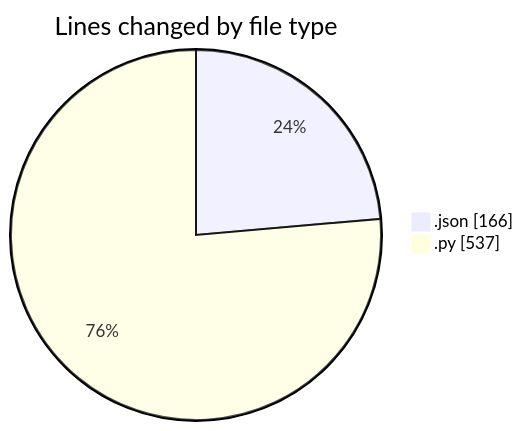
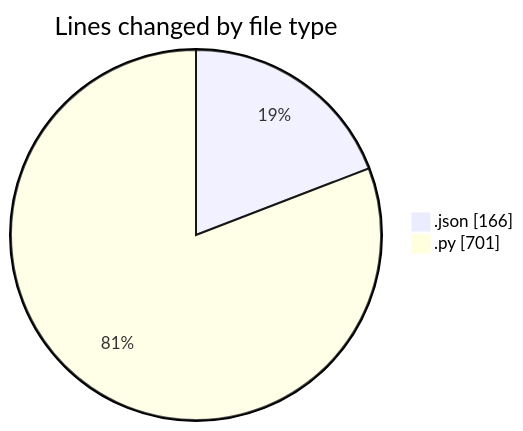
The first of 2 diagrams in 2025-11-14/untitled__workspace_/README.md (MatusMokan/code-tracking), drawn with Mermaid before and after one commit. The commit also changed other lines of this file and 1 other file, not shown here.

````diff
--- a/2025-11-14/untitled__workspace_/README.md
+++ b/2025-11-14/untitled__workspace_/README.md
@@ -23,6 +23,6 @@
 ```mermaid
 pie showData
 title Lines changed by file type
 ".json" : 166
-".py" : 537
+".py" : 701
 ```
````
